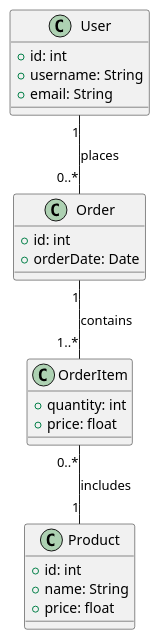
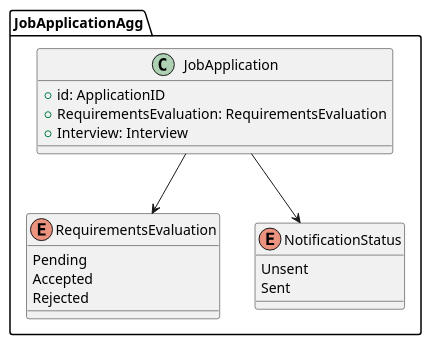
Before and after one commit to Mendoncaa/LAPR4: the diagram in docs/sprintC/US1016/02.analysis/puml/DM.puml, drawn with PlantUML. The commit also changed 4 other files, not shown here.

```diff
--- a/docs/sprintC/US1016/02.analysis/puml/DM.puml
+++ b/docs/sprintC/US1016/02.analysis/puml/DM.puml
@@ -1,27 +1,24 @@
 @startuml DomainModel
-class User {
-    +id: int
-    +username: String
-    +email: String
+package JobApplicationAgg {
+    class JobApplication {
+        +id: ApplicationID
+        +RequirementsEvaluation: RequirementsEvaluation
+        +Interview: Interview
+    }
+
+
+    enum RequirementsEvaluation {
+        Pending
+        Accepted
+        Rejected
+    }
+
+    enum NotificationStatus {
+        Unsent
+        Sent
+    }
+
+    JobApplication --> RequirementsEvaluation
+    JobApplication --> NotificationStatus
 }
-
-class Product {
-    +id: int
-    +name: String
-    +price: float
-}
-
-class Order {
-    +id: int
-    +orderDate: Date
-}
-
-class OrderItem {
-    +quantity: int
-    +price: float
-}
-
-User "1" -- "0..*" Order : places
-Order "1" -- "1..*" OrderItem : contains
-OrderItem "0..*" -- "1" Product : includes
 @enduml
```
